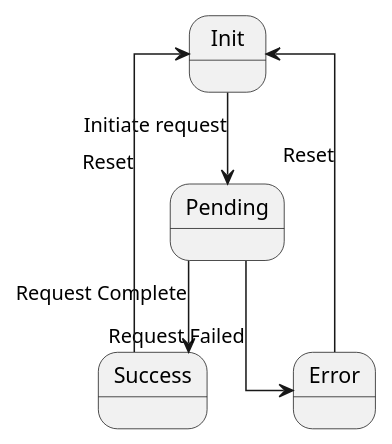
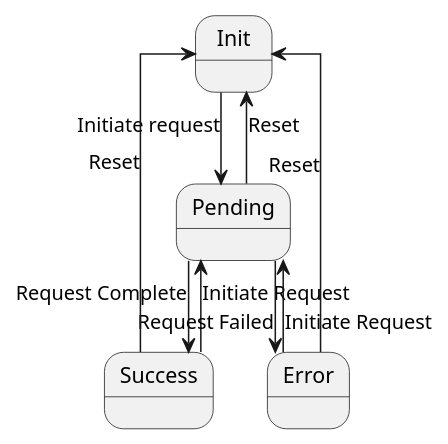
One commit to hsenid-mobile/mycoriza changed the diagram in docs/network-state.puml. Above: the diagram before and after it, drawn with PlantUML. The commit also changed 2 other files, not shown here.

```diff
--- a/docs/network-state.puml
+++ b/docs/network-state.puml
@@ -1,10 +1,13 @@
 @startuml
 skinparam linetype polyline
 skinparam linetype ortho
 state Init
 Init --> Pending: Initiate request
 Pending --> Success: Request Complete
 Pending --> Error: Request Failed
 Success --> Init: Reset
 Error --> Init: Reset
+Success --> Pending: Initiate Request
+Error --> Pending: Initiate Request
+Pending --> Init: Reset
 @enduml
```
